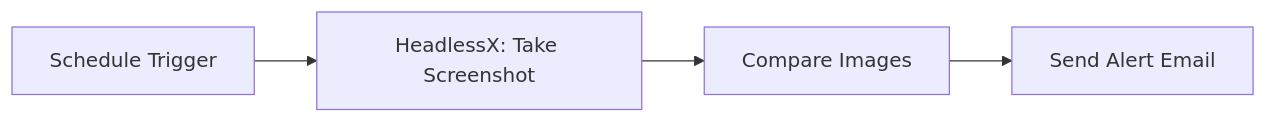
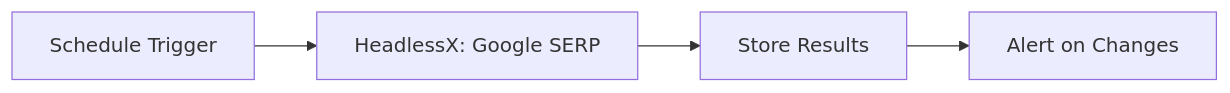
One commit to saifyxpro/n8n-nodes-headlessx changed the second of 3 diagrams in README.md. Above: the diagram before and after it, drawn with Mermaid. The commit also changed other lines of this file and 24 other files, not shown here.

Commit message:
feat: release v2.0.0 with resource-based architecture and n8n review fixes

````diff
--- a/README.md
+++ b/README.md
@@ -461,6 +353,6 @@
 ```mermaid
 graph LR
-    A[Schedule Trigger] --> B[HeadlessX: Take Screenshot]
-    B --> C[Compare Images]
-    C --> D[Send Alert Email]
+    A[Schedule Trigger] --> B[HeadlessX: Google SERP]
+    B --> C[Store Results]
+    C --> D[Alert on Changes]
 ```
````
